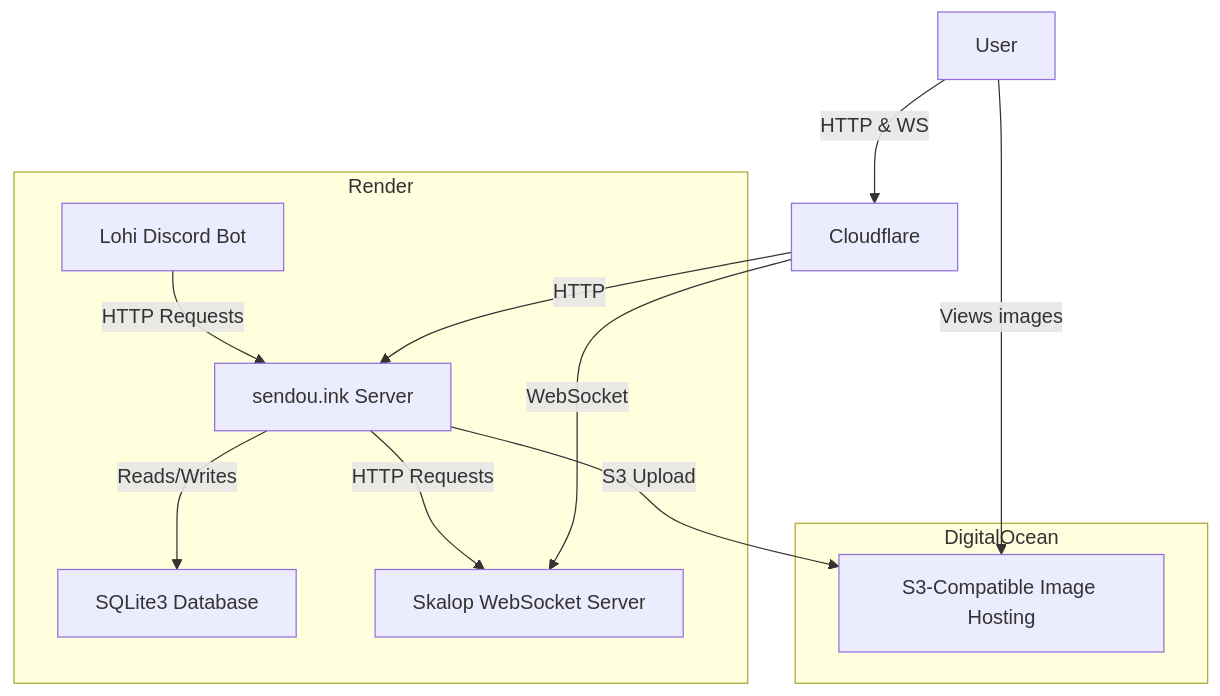
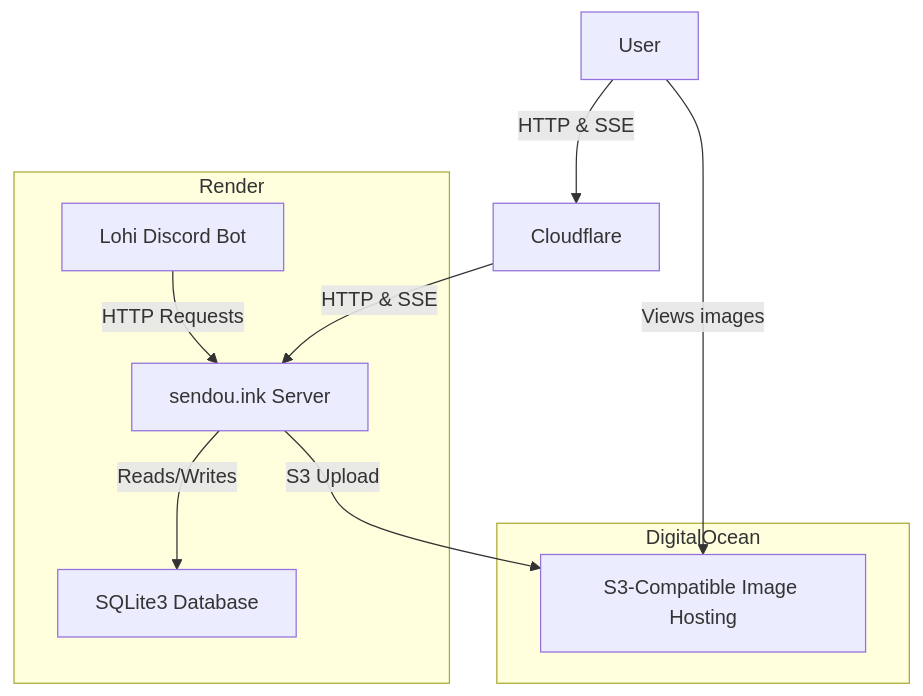
The diagram in docs/dev/architecture.md (sendou-ink/sendou.ink), drawn with Mermaid before and after one commit. The commit also changed other lines of this file and 69 other files, not shown here.

````diff
--- a/docs/dev/architecture.md
+++ b/docs/dev/architecture.md
@@ -9,20 +9,18 @@
 ```mermaid
 graph TD
     subgraph Render
         A[sendou.ink Server] -->|Reads/Writes| B[SQLite3 Database]
-        A -->|HTTP Requests| E[Skalop WebSocket Server]
         D[Lohi Discord Bot] -->|HTTP Requests| A
     end
 
     subgraph DigitalOcean
         C[S3-Compatible Image Hosting]
     end
 
-    F[User] -->|HTTP & WS| G[Cloudflare]
-    G -->|HTTP| A
-    G -->|WebSocket| E
+    F[User] -->|HTTP & SSE| G[Cloudflare]
+    G -->|HTTP & SSE| A
 
     A -->|S3 Upload| C
     F -->|Views images| C
 
 ```
````
